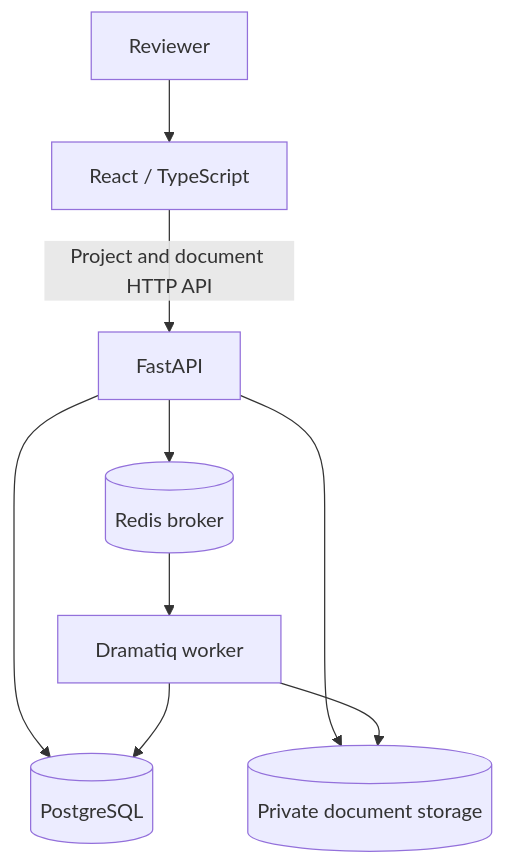
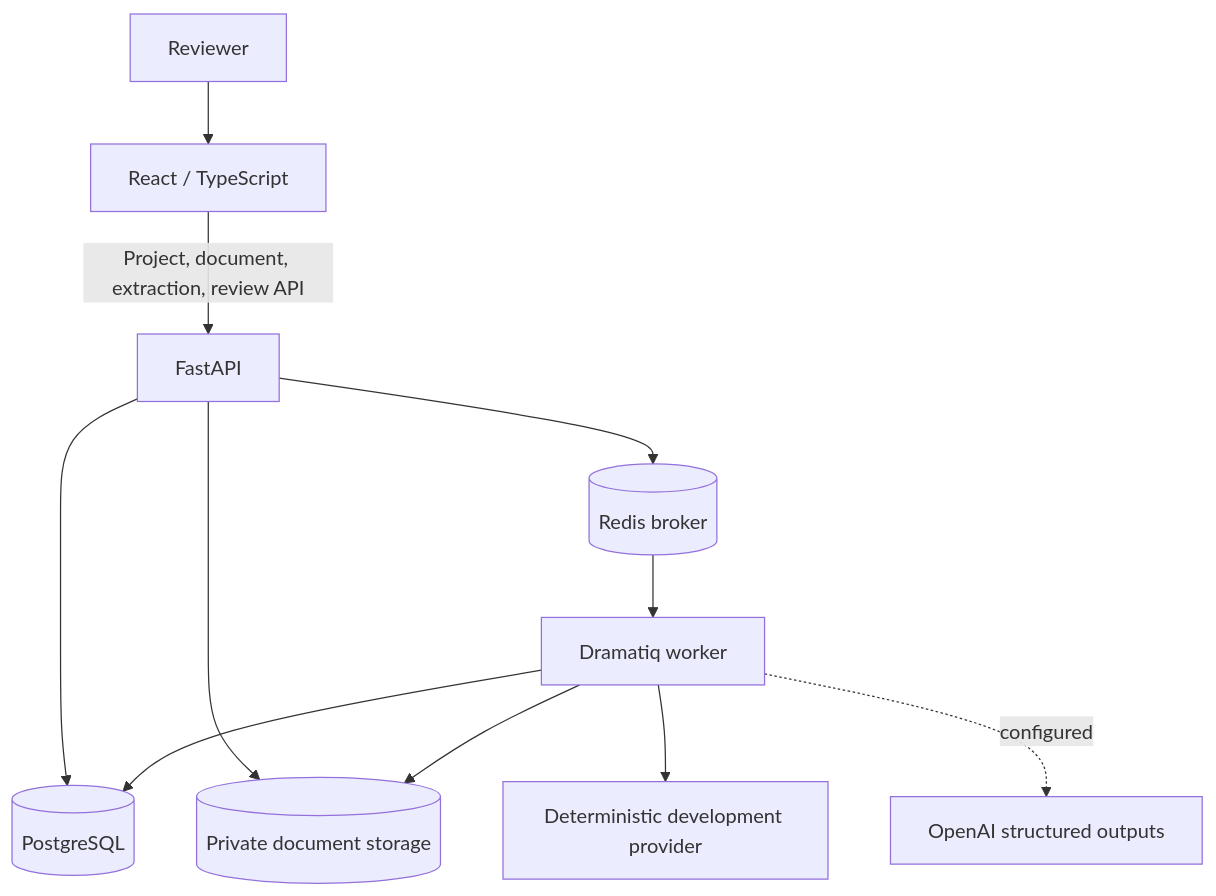
The diagram in ARCHITECTURE.md (hafiz475/AI-Document-Intelligence-Verification-Platform), drawn with Mermaid before and after one commit. The commit also changed other lines of this file and 36 other files, not shown here.

Commit message:
feat: add structured AI extraction and human verification

```diff
--- a/ARCHITECTURE.md
+++ b/ARCHITECTURE.md
@@ -9,11 +9,13 @@
 ~~~mermaid
 flowchart TB
     Reviewer --> Web[React / TypeScript]
-    Web -->|Project and document HTTP API| API[FastAPI]
+    Web -->|Project, document, extraction, review API| API[FastAPI]
     API --> DB[(PostgreSQL)]
     API --> Queue[(Redis broker)]
     API --> Files[(Private document storage)]
     Queue --> Worker[Dramatiq worker]
     Worker --> Files
     Worker --> DB
+    Worker --> Dev[Deterministic development provider]
+    Worker -. configured .-> OpenAI[OpenAI structured outputs]
 ~~~
```
